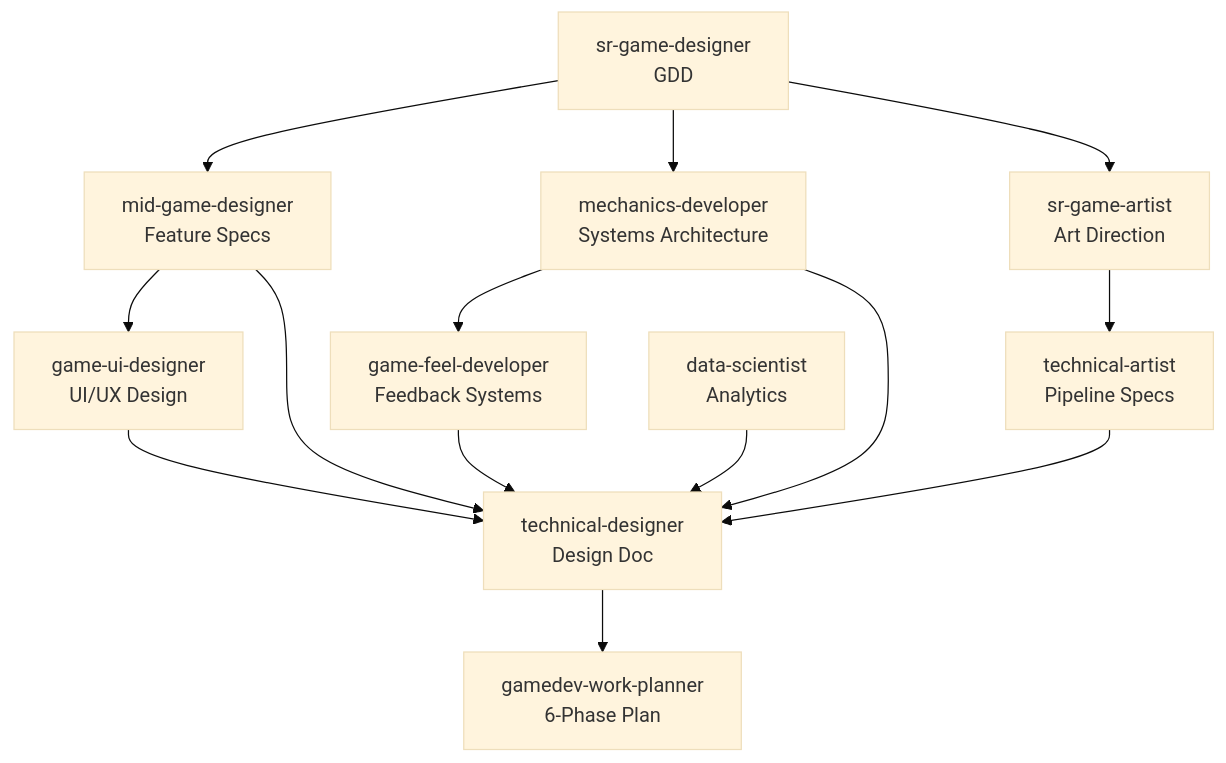
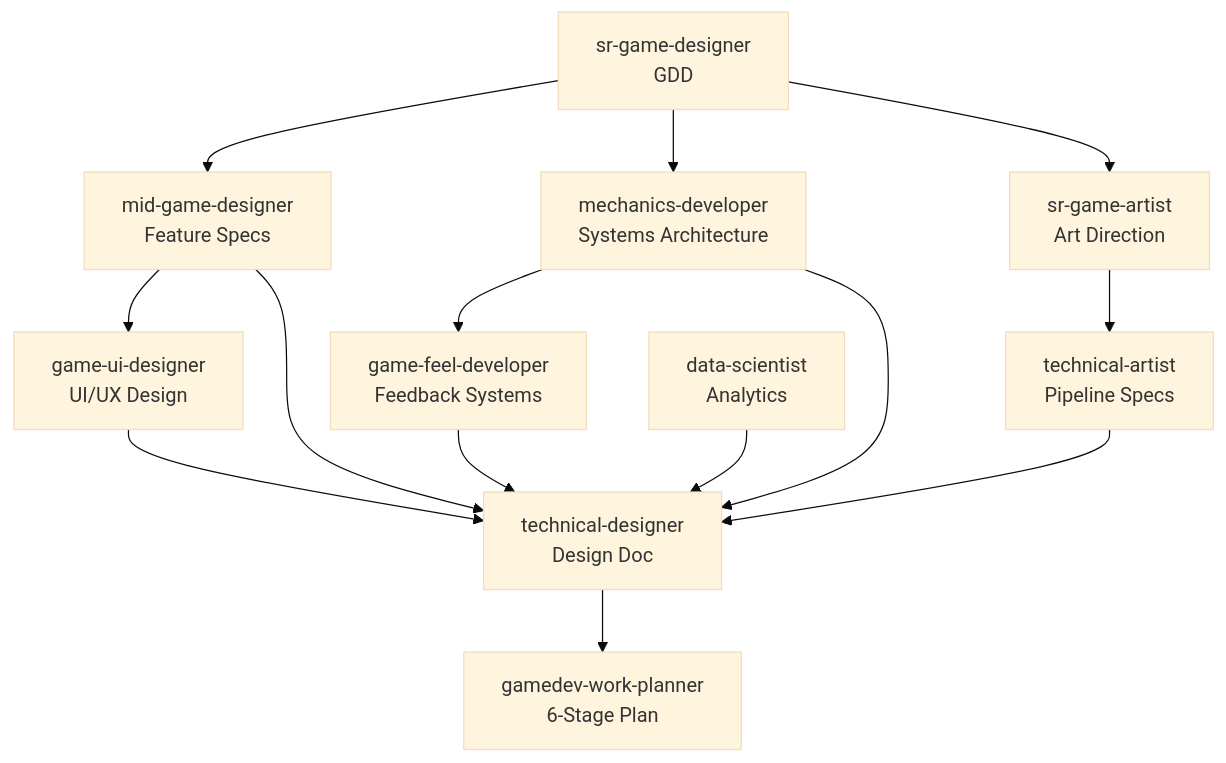
The tenth of 10 diagrams in docs/overture/gamedev-workflows.md (tundraray/overture), drawn with Mermaid (base theme) before and after one commit. The commit also changed other lines of this file and 193 other files, not shown here.

````diff
--- a/docs/overture/gamedev-workflows.md
+++ b/docs/overture/gamedev-workflows.md
@@ -339,18 +339,18 @@
 ```mermaid
 graph TB
     SGD[sr-game-designer<br/>GDD] --> MGD[mid-game-designer<br/>Feature Specs]
     SGD --> MD[mechanics-developer<br/>Systems Architecture]
     MD --> GFD[game-feel-developer<br/>Feedback Systems]
     SGD --> SGA[sr-game-artist<br/>Art Direction]
     SGA --> TA[technical-artist<br/>Pipeline Specs]
     MGD --> UI[game-ui-designer<br/>UI/UX Design]
 
     MGD --> TD[technical-designer<br/>Design Doc]
     MD --> TD
     GFD --> TD
     TA --> TD
     UI --> TD
     DS[data-scientist<br/>Analytics] --> TD
 
-    TD --> WP[gamedev-work-planner<br/>6-Phase Plan]
+    TD --> WP[gamedev-work-planner<br/>6-Stage Plan]
 ```
````
